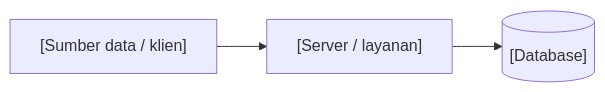
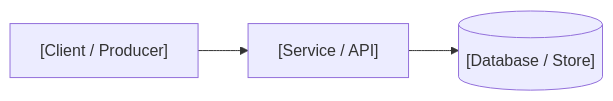
Before and after one commit to Light-Yodeler/living-docs: the first of 2 diagrams in resources/ARCHITECTURE.template.md, drawn with Mermaid. The commit also changed other lines of this file and 21 other files, not shown here.

````diff
--- a/resources/ARCHITECTURE.template.md
+++ b/resources/ARCHITECTURE.template.md
@@ -5,5 +5,5 @@
 ```mermaid
 flowchart LR
-    A["[Sumber data / klien]"] --> B["[Server / layanan]"]
-    B --> C[("[Database]")]
+    A["[Client / Producer]"] --> B["[Service / API]"]
+    B --> C[("[Database / Store]")]
 ```
````
